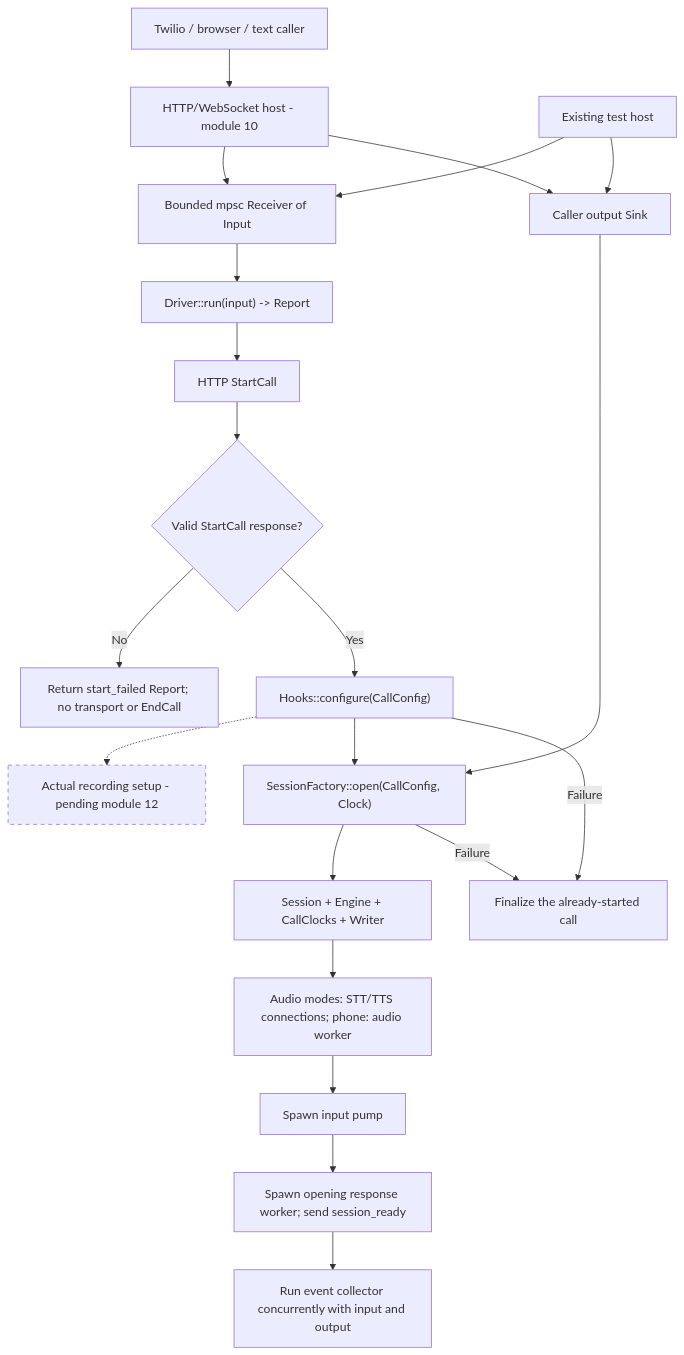
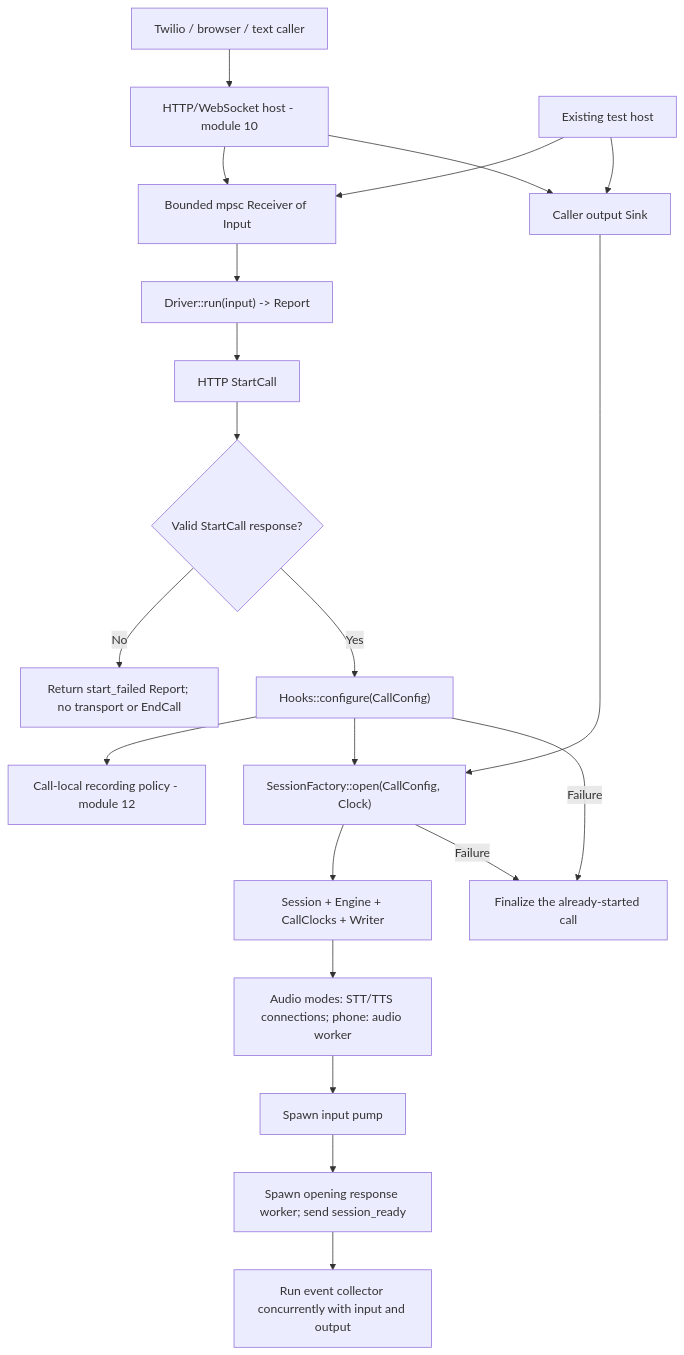
Before and after one commit to LendEasy/vogon-rust: the first of 5 diagrams in crates/orchestration/CALL_FLOW.md, drawn with Mermaid. The commit also changed other lines of this file and 64 other files, not shown here.

First line of the commit message:
feat(module-13): configure dependency retries and operational checks

````diff
--- a/crates/orchestration/CALL_FLOW.md
+++ b/crates/orchestration/CALL_FLOW.md
@@ -15,24 +14,23 @@
 ```mermaid
 flowchart TD
     Caller["Twilio / browser / text caller"] --> Host["HTTP/WebSocket host - module 10"]
     Tests["Existing test host"] --> Input["Bounded mpsc Receiver of Input"]
     Host --> Input
     Host --> Sink["Caller output Sink"]
     Tests --> Sink
     Input --> Run["Driver::run(input) -> Report"]
     Run --> Start["HTTP StartCall"]
     Start --> Result{"Valid StartCall response?"}
     Result -->|No| Failed["Return start_failed Report; no transport or EndCall"]
     Result -->|Yes| Configure["Hooks::configure(CallConfig)"]
-    Configure -.-> Recording["Actual recording setup - pending module 12"]
+    Configure --> Recording["Call-local recording policy - module 12"]
     Configure --> Open["SessionFactory::open(CallConfig, Clock)"]
     Sink --> Open
     Open --> Session["Session + Engine + CallClocks + Writer"]
     Session --> Providers["Audio modes: STT/TTS connections; phone: audio worker"]
     Providers --> Pump["Spawn input pump"]
     Pump --> Opening["Spawn opening response worker; send session_ready"]
     Opening --> Active["Run event collector concurrently with input and output"]
     Configure -->|Failure| Cleanup["Finalize the already-started call"]
     Open -->|Failure| Cleanup
-    style Recording stroke-dasharray: 5 5
 ```
````
